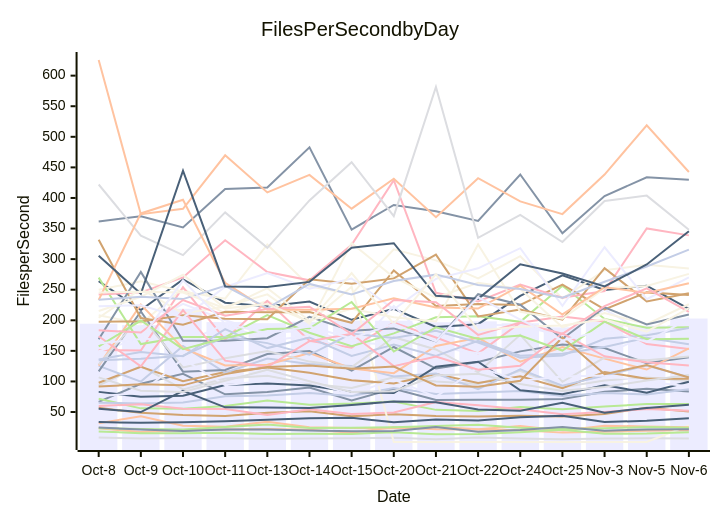
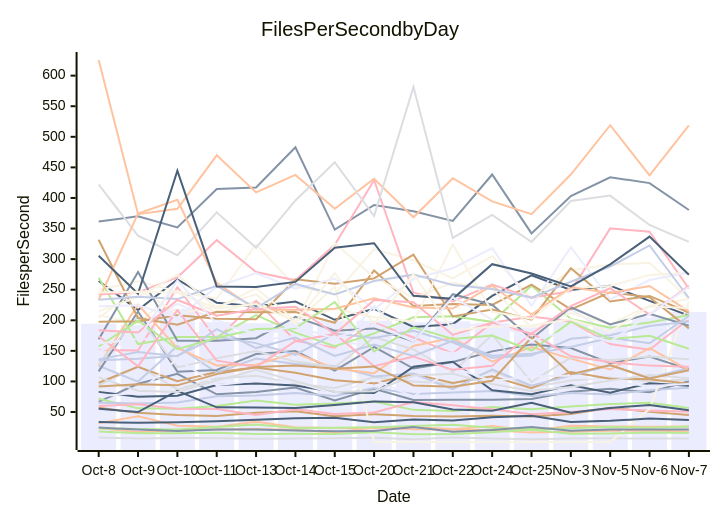
The diagram in perf-report.md (streetsidesoftware/cspell), drawn with Mermaid before and after one commit. The commit also changed other lines of this file and 2 other files, not shown here.

````diff
--- a/perf-report.md
+++ b/perf-report.md
@@ -11,57 +11,57 @@
 ```mermaid
 xychart-beta
     title Files Per Second by Day
     y-axis Files per Second
-    x-axis Date [Oct-8, Oct-9, Oct-10, Oct-11, Oct-13, Oct-14, Oct-15, Oct-20, Oct-21, Oct-22, Oct-24, Oct-25, Nov-3, Nov-5, Nov-6]
-    bar [194.39, 192.05, 218.83, 197.10, 195.24, 197.65, 199.65, 199.37, 196.79, 198.31, 195.08, 188.50, 197.53, 191.30, 202.86]
-    line [66.65, 96.25, 112.51, 78.91, 82.77, 89.92, 69.05, 88.06, 69.61, 70.25, 69.88, 71.42, 83.10, 87.87, 83.44]
-    line [23.58, 17.31, 20.37, 21.44, 22.38, 20.97, 16.04, 25.16, 22.03, 21.51, 20.05, 16.33, 17.58, 19.22, 20.03]
-    line [8.18, 6.76, 7.44, 7.30, 6.32, 6.65, 7.26, 7.96, 5.55, 8.36, 6.66, 5.63, 6.55, 6.95, 6.86]
-    line [71.61, 56.00, 55.29, 59.99, 68.80, 62.02, 63.75, 67.15, 53.54, 51.87, 58.31, 54.40, 59.05, 63.00, 62.96]
-    line [56.81, 48.66, 45.19, 43.33, 48.66, 51.39, 43.09, 46.53, 43.54, 42.59, 43.99, 42.66, 46.86, 57.12, 50.91]
-    line [65.37, 64.09, 65.74, 75.83, 77.12, 81.28, 76.22, 89.41, 79.60, 82.04, 84.51, 76.34, 81.22, 78.86, 87.10]
-    line [59.94, 62.62, 55.56, 54.77, 45.21, 54.60, 46.67, 49.27, 66.25, 61.14, 54.40, 46.46, 50.11, 54.79, 52.14]
-    line [264.14, 216.71, 266.75, 228.80, 223.08, 230.72, 200.81, 218.77, 189.13, 193.68, 239.98, 273.35, 249.43, 256.58, 218.78]
-    line [208.25, 194.51, 251.63, 210.60, 231.31, 197.08, 254.89, 1.00, 1.00, 1.00, 1.00, 1.00, 1.00, 1.00, 28.15]
-    line [174.97, 189.16, 226.87, 200.18, 179.39, 183.41, 164.40, 159.49, 171.10, 192.78, 191.37, 174.29, 217.96, 178.42, 200.93]
-    line [361.47, 370.09, 351.86, 414.54, 417.07, 482.80, 348.28, 388.55, 378.31, 362.57, 438.35, 342.13, 403.12, 433.88, 429.92]
-    line [31.76, 42.94, 27.61, 25.97, 34.21, 25.09, 23.71, 23.43, 25.33, 21.92, 27.33, 19.75, 27.62, 26.37, 24.93]
-    line [93.63, 125.18, 87.00, 104.77, 109.42, 96.45, 89.22, 106.77, 99.95, 95.97, 117.43, 90.38, 101.68, 106.46, 100.86]
-    line [18.14, 15.49, 15.23, 15.94, 13.89, 14.53, 14.11, 17.05, 13.85, 14.03, 17.10, 21.05, 14.31, 14.75, 16.96]
-    line [97.90, 123.96, 100.36, 115.55, 122.73, 114.09, 102.09, 96.85, 112.31, 97.68, 108.35, 88.82, 115.43, 104.61, 104.26]
-    line [125.48, 99.76, 158.05, 114.31, 137.32, 128.51, 125.12, 108.27, 113.06, 87.44, 119.66, 93.04, 109.58, 126.12, 106.88]
-    line [151.43, 150.43, 254.02, 168.57, 231.71, 166.56, 155.07, 196.36, 171.90, 145.85, 195.93, 206.22, 198.17, 161.08, 153.13]
-    line [55.18, 49.90, 84.72, 57.64, 57.38, 56.41, 61.33, 67.41, 66.13, 54.31, 52.03, 65.25, 49.02, 56.78, 61.77]
-    line [249.77, 263.65, 247.10, 235.41, 323.97, 255.64, 242.67, 316.16, 297.94, 268.60, 304.78, 235.63, 281.78, 290.77, 284.75]
-    line [149.45, 170.98, 162.38, 193.61, 167.04, 174.22, 149.10, 223.58, 156.27, 146.04, 158.31, 152.20, 144.51, 175.00, 203.83]
-    line [116.53, 214.42, 116.00, 118.77, 144.83, 149.59, 117.74, 156.35, 121.08, 131.79, 149.18, 160.21, 154.52, 129.77, 139.45]
-    line [125.79, 225.70, 154.24, 126.07, 127.29, 146.49, 121.12, 113.50, 158.05, 171.36, 132.38, 156.15, 137.28, 119.47, 154.01]
-    line [127.97, 206.50, 122.84, 138.06, 149.67, 132.46, 123.48, 172.40, 152.34, 114.90, 176.25, 99.39, 139.03, 134.52, 140.73]
-    line [269.72, 161.18, 172.81, 172.65, 208.47, 179.72, 157.56, 178.54, 204.92, 206.57, 197.43, 256.60, 202.25, 187.81, 188.63]
-    line [331.74, 203.63, 192.81, 213.97, 213.28, 213.47, 195.94, 281.48, 223.48, 226.53, 225.12, 258.41, 217.89, 245.63, 241.33]
-    line [136.07, 148.26, 141.19, 185.69, 154.55, 171.82, 141.67, 160.22, 141.81, 166.38, 141.94, 145.19, 156.42, 171.45, 160.90]
-    line [242.23, 245.65, 270.12, 330.98, 278.79, 265.30, 323.42, 429.01, 245.01, 230.93, 258.25, 236.94, 247.84, 350.22, 338.85]
-    line [82.95, 74.90, 76.80, 94.05, 96.82, 93.39, 82.69, 80.94, 123.93, 132.34, 85.53, 79.17, 93.87, 81.75, 99.37]
-    line [204.22, 251.15, 211.26, 222.05, 242.35, 194.13, 326.19, 270.15, 236.87, 261.40, 251.33, 188.47, 211.71, 193.66, 226.20]
-    line [75.86, 81.29, 136.91, 94.03, 101.02, 99.02, 79.59, 103.01, 74.73, 123.30, 100.60, 107.93, 109.66, 99.65, 92.26]
-    line [168.97, 278.92, 166.54, 166.53, 170.79, 205.75, 183.07, 186.73, 165.39, 242.72, 225.43, 169.80, 221.29, 193.06, 209.38]
-    line [625.58, 373.38, 382.28, 469.75, 409.07, 437.77, 382.49, 431.43, 368.45, 432.30, 394.44, 373.62, 438.31, 518.91, 442.46]
-    line [422.03, 338.21, 306.48, 376.46, 318.53, 395.99, 458.46, 370.45, 581.53, 334.74, 372.46, 327.93, 394.96, 403.82, 348.17]
-    line [23.35, 22.45, 21.51, 25.71, 29.42, 23.92, 24.25, 24.95, 26.96, 29.32, 24.14, 22.37, 23.30, 25.53, 24.17]
-    line [197.76, 198.13, 208.30, 202.68, 201.79, 267.21, 259.65, 268.53, 307.28, 206.33, 217.49, 201.10, 285.18, 230.89, 244.22]
-    line [134.65, 137.28, 142.04, 172.94, 162.65, 143.57, 178.30, 170.91, 182.97, 163.77, 138.75, 142.39, 169.82, 175.50, 187.51]
-    line [173.95, 124.58, 216.72, 133.97, 123.87, 165.74, 177.89, 125.02, 140.68, 119.01, 125.81, 178.69, 141.07, 131.24, 126.04]
-    line [33.57, 32.29, 33.27, 34.79, 37.33, 39.68, 40.77, 33.11, 37.81, 36.24, 41.43, 44.03, 33.69, 35.67, 39.83]
-    line [215.08, 238.25, 274.47, 219.66, 252.51, 199.34, 218.85, 204.99, 197.92, 323.88, 213.93, 202.52, 252.23, 256.11, 275.88]
-    line [222.78, 224.66, 204.36, 254.42, 277.26, 251.58, 268.24, 217.93, 267.67, 285.04, 317.95, 223.78, 319.42, 234.42, 270.31]
-    line [24.57, 21.27, 19.07, 21.50, 21.24, 19.97, 18.63, 18.81, 25.32, 17.74, 20.58, 25.51, 19.46, 21.60, 21.82]
-    line [233.16, 374.71, 397.16, 261.34, 217.24, 217.08, 218.73, 236.08, 220.88, 219.16, 256.62, 209.53, 254.06, 244.83, 260.43]
-    line [106.68, 84.76, 82.82, 101.29, 118.90, 100.19, 82.72, 84.05, 109.59, 112.56, 95.92, 84.60, 91.01, 101.64, 110.67]
-    line [157.39, 199.58, 152.82, 170.97, 185.75, 186.96, 229.89, 148.98, 188.53, 169.56, 175.04, 150.51, 197.71, 169.15, 169.91]
-    line [91.76, 95.32, 93.61, 112.00, 123.43, 125.94, 120.60, 124.47, 93.34, 91.16, 101.08, 171.93, 111.86, 126.91, 106.59]
-    line [233.40, 238.56, 234.64, 256.33, 219.99, 259.48, 242.38, 264.24, 274.64, 257.62, 251.09, 236.85, 262.94, 287.92, 315.55]
-    line [183.70, 179.89, 233.14, 207.50, 218.41, 222.25, 177.43, 233.06, 229.37, 176.10, 196.37, 177.90, 223.12, 252.36, 213.65]
-    line [305.64, 243.36, 444.70, 255.37, 254.42, 262.77, 318.79, 326.00, 239.93, 235.04, 291.68, 276.40, 255.29, 291.36, 345.44]
-    line [245.51, 246.82, 245.36, 219.50, 226.50, 197.43, 277.21, 193.99, 275.35, 183.43, 189.64, 191.38, 201.59, 181.36, 220.08]
-    line [162.12, 169.35, 265.31, 194.05, 178.95, 189.91, 170.29, 194.31, 165.66, 237.49, 201.27, 167.00, 183.56, 164.82, 202.88]
+    x-axis Date [Oct-8, Oct-9, Oct-10, Oct-11, Oct-13, Oct-14, Oct-15, Oct-20, Oct-21, Oct-22, Oct-24, Oct-25, Nov-3, Nov-5, Nov-6, Nov-7]
+    bar [194.39, 192.05, 218.83, 197.10, 195.24, 197.65, 199.65, 199.37, 196.79, 198.31, 195.08, 188.50, 197.53, 191.30, 204.37, 213.67]
+    line [66.65, 96.25, 112.51, 78.91, 82.77, 89.92, 69.05, 88.06, 69.61, 70.25, 69.88, 71.42, 83.10, 87.87, 82.40, 100.31]
+    line [23.58, 17.31, 20.37, 21.44, 22.38, 20.97, 16.04, 25.16, 22.03, 21.51, 20.05, 16.33, 17.58, 19.22, 19.85, 18.09]
+    line [8.18, 6.76, 7.44, 7.30, 6.32, 6.65, 7.26, 7.96, 5.55, 8.36, 6.66, 5.63, 6.55, 6.95, 6.80, 6.70]
+    line [71.61, 56.00, 55.29, 59.99, 68.80, 62.02, 63.75, 67.15, 53.54, 51.87, 58.31, 54.40, 59.05, 63.00, 65.34, 56.44]
+    line [56.81, 48.66, 45.19, 43.33, 48.66, 51.39, 43.09, 46.53, 43.54, 42.59, 43.99, 42.66, 46.86, 57.12, 50.26, 44.96]
+    line [65.37, 64.09, 65.74, 75.83, 77.12, 81.28, 76.22, 89.41, 79.60, 82.04, 84.51, 76.34, 81.22, 78.86, 85.82, 89.51]
+    line [59.94, 62.62, 55.56, 54.77, 45.21, 54.60, 46.67, 49.27, 66.25, 61.14, 54.40, 46.46, 50.11, 54.79, 52.56, 50.32]
+    line [264.14, 216.71, 266.75, 228.80, 223.08, 230.72, 200.81, 218.77, 189.13, 193.68, 239.98, 273.35, 249.43, 256.58, 231.73, 207.54]
+    line [208.25, 194.51, 251.63, 210.60, 231.31, 197.08, 254.89, 1.00, 1.00, 1.00, 1.00, 1.00, 1.00, 1.00, 55.24, 229.88]
+    line [174.97, 189.16, 226.87, 200.18, 179.39, 183.41, 164.40, 159.49, 171.10, 192.78, 191.37, 174.29, 217.96, 178.42, 209.10, 170.02]
+    line [361.47, 370.09, 351.86, 414.54, 417.07, 482.80, 348.28, 388.55, 378.31, 362.57, 438.35, 342.13, 403.12, 433.88, 424.28, 380.40]
+    line [31.76, 42.94, 27.61, 25.97, 34.21, 25.09, 23.71, 23.43, 25.33, 21.92, 27.33, 19.75, 27.62, 26.37, 26.13, 26.22]
+    line [93.63, 125.18, 87.00, 104.77, 109.42, 96.45, 89.22, 106.77, 99.95, 95.97, 117.43, 90.38, 101.68, 106.46, 99.98, 103.28]
+    line [18.14, 15.49, 15.23, 15.94, 13.89, 14.53, 14.11, 17.05, 13.85, 14.03, 17.10, 21.05, 14.31, 14.75, 16.57, 15.81]
+    line [97.90, 123.96, 100.36, 115.55, 122.73, 114.09, 102.09, 96.85, 112.31, 97.68, 108.35, 88.82, 115.43, 104.61, 103.62, 96.31]
+    line [125.48, 99.76, 158.05, 114.31, 137.32, 128.51, 125.12, 108.27, 113.06, 87.44, 119.66, 93.04, 109.58, 126.12, 106.10, 121.67]
+    line [151.43, 150.43, 254.02, 168.57, 231.71, 166.56, 155.07, 196.36, 171.90, 145.85, 195.93, 206.22, 198.17, 161.08, 151.81, 202.09]
+    line [55.18, 49.90, 84.72, 57.64, 57.38, 56.41, 61.33, 67.41, 66.13, 54.31, 52.03, 65.25, 49.02, 56.78, 61.66, 53.00]
+    line [249.77, 263.65, 247.10, 235.41, 323.97, 255.64, 242.67, 316.16, 297.94, 268.60, 304.78, 235.63, 281.78, 290.77, 294.19, 235.16]
+    line [149.45, 170.98, 162.38, 193.61, 167.04, 174.22, 149.10, 223.58, 156.27, 146.04, 158.31, 152.20, 144.51, 175.00, 199.16, 202.30]
+    line [116.53, 214.42, 116.00, 118.77, 144.83, 149.59, 117.74, 156.35, 121.08, 131.79, 149.18, 160.21, 154.52, 129.77, 140.65, 119.71]
+    line [125.79, 225.70, 154.24, 126.07, 127.29, 146.49, 121.12, 113.50, 158.05, 171.36, 132.38, 156.15, 137.28, 119.47, 154.44, 118.56]
+    line [127.97, 206.50, 122.84, 138.06, 149.67, 132.46, 123.48, 172.40, 152.34, 114.90, 176.25, 99.39, 139.03, 134.52, 140.79, 136.42]
+    line [269.72, 161.18, 172.81, 172.65, 208.47, 179.72, 157.56, 178.54, 204.92, 206.57, 197.43, 256.60, 202.25, 187.81, 196.52, 208.74]
+    line [331.74, 203.63, 192.81, 213.97, 213.28, 213.47, 195.94, 281.48, 223.48, 226.53, 225.12, 258.41, 217.89, 245.63, 237.62, 186.76]
+    line [136.07, 148.26, 141.19, 185.69, 154.55, 171.82, 141.67, 160.22, 141.81, 166.38, 141.94, 145.19, 156.42, 171.45, 162.38, 206.93]
+    line [242.23, 245.65, 270.12, 330.98, 278.79, 265.30, 323.42, 429.01, 245.01, 230.93, 258.25, 236.94, 247.84, 350.22, 344.89, 251.52]
+    line [82.95, 74.90, 76.80, 94.05, 96.82, 93.39, 82.69, 80.94, 123.93, 132.34, 85.53, 79.17, 93.87, 81.75, 97.21, 92.97]
+    line [204.22, 251.15, 211.26, 222.05, 242.35, 194.13, 326.19, 270.15, 236.87, 261.40, 251.33, 188.47, 211.71, 193.66, 223.97, 234.72]
+    line [75.86, 81.29, 136.91, 94.03, 101.02, 99.02, 79.59, 103.01, 74.73, 123.30, 100.60, 107.93, 109.66, 99.65, 92.58, 95.73]
+    line [168.97, 278.92, 166.54, 166.53, 170.79, 205.75, 183.07, 186.73, 165.39, 242.72, 225.43, 169.80, 221.29, 193.06, 210.68, 191.30]
+    line [625.58, 373.38, 382.28, 469.75, 409.07, 437.77, 382.49, 431.43, 368.45, 432.30, 394.44, 373.62, 438.31, 518.91, 437.11, 518.64]
+    line [422.03, 338.21, 306.48, 376.46, 318.53, 395.99, 458.46, 370.45, 581.53, 334.74, 372.46, 327.93, 394.96, 403.82, 355.89, 328.31]
+    line [23.35, 22.45, 21.51, 25.71, 29.42, 23.92, 24.25, 24.95, 26.96, 29.32, 24.14, 22.37, 23.30, 25.53, 24.38, 26.29]
+    line [197.76, 198.13, 208.30, 202.68, 201.79, 267.21, 259.65, 268.53, 307.28, 206.33, 217.49, 201.10, 285.18, 230.89, 239.86, 212.69]
+    line [134.65, 137.28, 142.04, 172.94, 162.65, 143.57, 178.30, 170.91, 182.97, 163.77, 138.75, 142.39, 169.82, 175.50, 190.52, 198.14]
+    line [173.95, 124.58, 216.72, 133.97, 123.87, 165.74, 177.89, 125.02, 140.68, 119.01, 125.81, 178.69, 141.07, 131.24, 125.88, 123.88]
+    line [33.57, 32.29, 33.27, 34.79, 37.33, 39.68, 40.77, 33.11, 37.81, 36.24, 41.43, 44.03, 33.69, 35.67, 39.33, 36.78]
+    line [215.08, 238.25, 274.47, 219.66, 252.51, 199.34, 218.85, 204.99, 197.92, 323.88, 213.93, 202.52, 252.23, 256.11, 274.23, 277.54]
+    line [222.78, 224.66, 204.36, 254.42, 277.26, 251.58, 268.24, 217.93, 267.67, 285.04, 317.95, 223.78, 319.42, 234.42, 265.85, 278.09]
+    line [24.57, 21.27, 19.07, 21.50, 21.24, 19.97, 18.63, 18.81, 25.32, 17.74, 20.58, 25.51, 19.46, 21.60, 21.45, 21.30]
+    line [233.16, 374.71, 397.16, 261.34, 217.24, 217.08, 218.73, 236.08, 220.88, 219.16, 256.62, 209.53, 254.06, 244.83, 256.05, 214.61]
+    line [106.68, 84.76, 82.82, 101.29, 118.90, 100.19, 82.72, 84.05, 109.59, 112.56, 95.92, 84.60, 91.01, 101.64, 110.52, 105.15]
+    line [157.39, 199.58, 152.82, 170.97, 185.75, 186.96, 229.89, 148.98, 188.53, 169.56, 175.04, 150.51, 197.71, 169.15, 174.81, 153.55]
+    line [91.76, 95.32, 93.61, 112.00, 123.43, 125.94, 120.60, 124.47, 93.34, 91.16, 101.08, 171.93, 111.86, 126.91, 104.86, 118.31]
+    line [233.40, 238.56, 234.64, 256.33, 219.99, 259.48, 242.38, 264.24, 274.64, 257.62, 251.09, 236.85, 262.94, 287.92, 322.31, 236.45]
+    line [183.70, 179.89, 233.14, 207.50, 218.41, 222.25, 177.43, 233.06, 229.37, 176.10, 196.37, 177.90, 223.12, 252.36, 209.33, 256.35]
+    line [305.64, 243.36, 444.70, 255.37, 254.42, 262.77, 318.79, 326.00, 239.93, 235.04, 291.68, 276.40, 255.29, 291.36, 336.81, 274.44]
+    line [245.51, 246.82, 245.36, 219.50, 226.50, 197.43, 277.21, 193.99, 275.35, 183.43, 189.64, 191.38, 201.59, 181.36, 222.61, 220.01]
+    line [162.12, 169.35, 265.31, 194.05, 178.95, 189.91, 170.29, 194.31, 165.66, 237.49, 201.27, 167.00, 183.56, 164.82, 210.07, 254.11]
 ```
````
